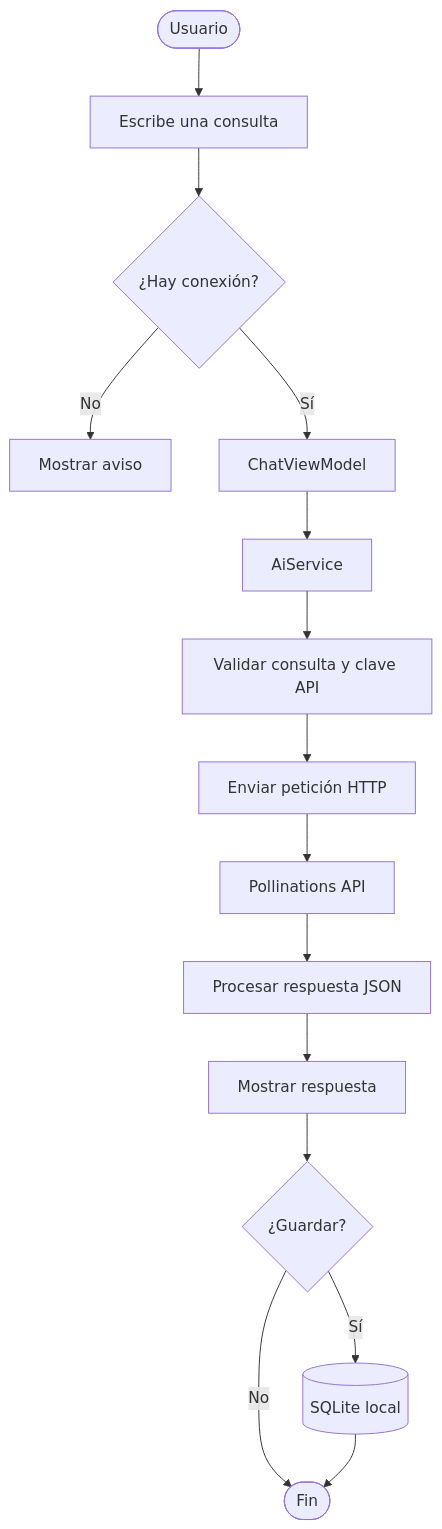
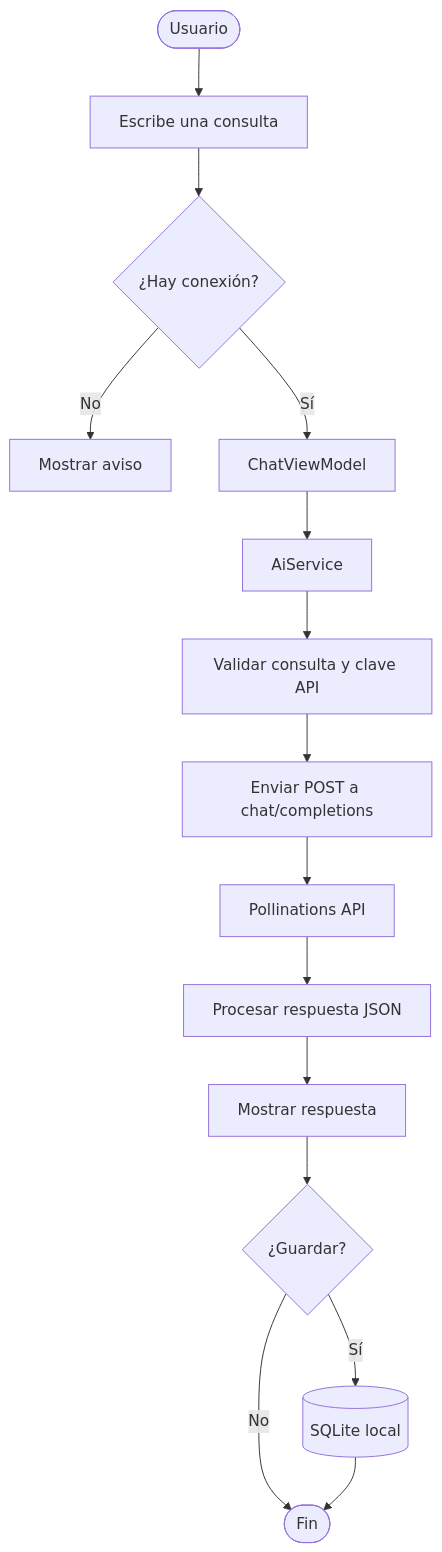
The first of 2 diagrams in README.md (Cristianm23/AsistenteIA), drawn with Mermaid before and after one commit. The commit also changed other lines of this file, not shown here.

````diff
--- a/README.md
+++ b/README.md
@@ -22,17 +25,17 @@
 ```mermaid
 flowchart TD
     A([Usuario]) --> B[Escribe una consulta]
     B --> C{¿Hay conexión?}
     C -- No --> D[Mostrar aviso]
     C -- Sí --> E[ChatViewModel]
     E --> F[AiService]
     F --> G[Validar consulta y clave API]
-    G --> H[Enviar petición HTTP]
+    G --> H[Enviar POST a chat/completions]
     H --> I[Pollinations API]
     I --> J[Procesar respuesta JSON]
     J --> K[Mostrar respuesta]
     K --> L{¿Guardar?}
     L -- Sí --> M[(SQLite local)]
     L -- No --> N([Fin])
     M --> N
 ```
````
